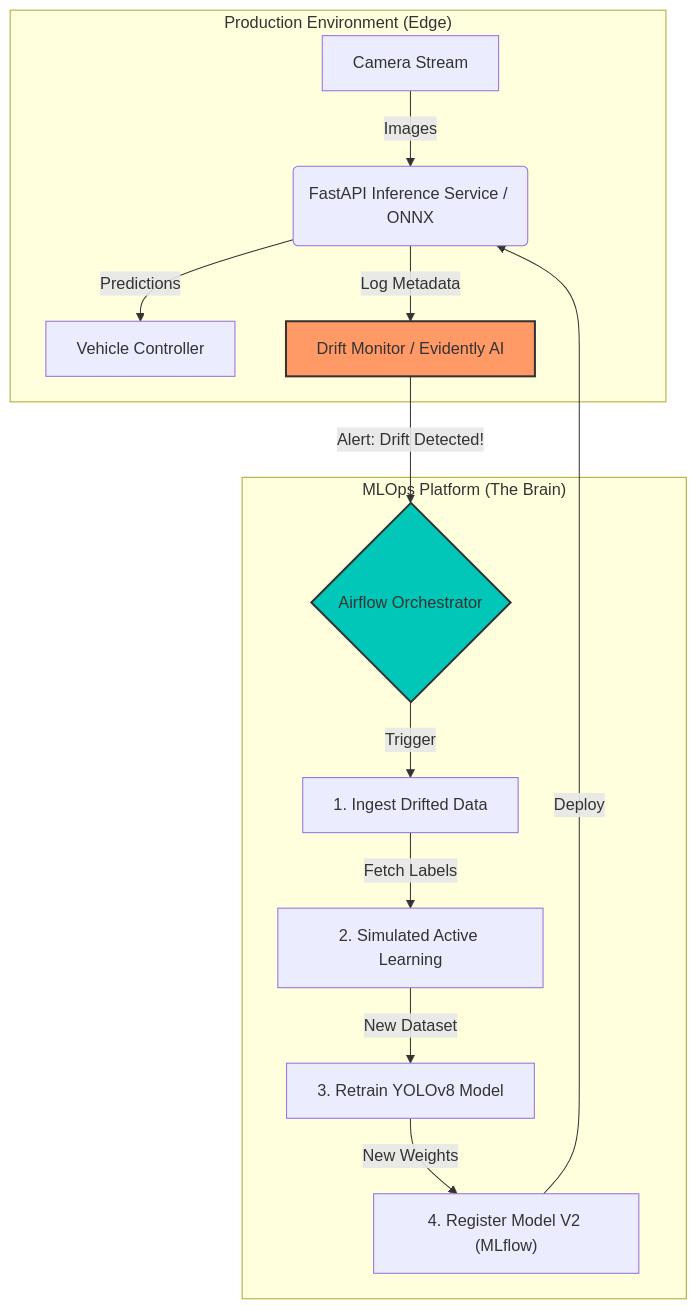
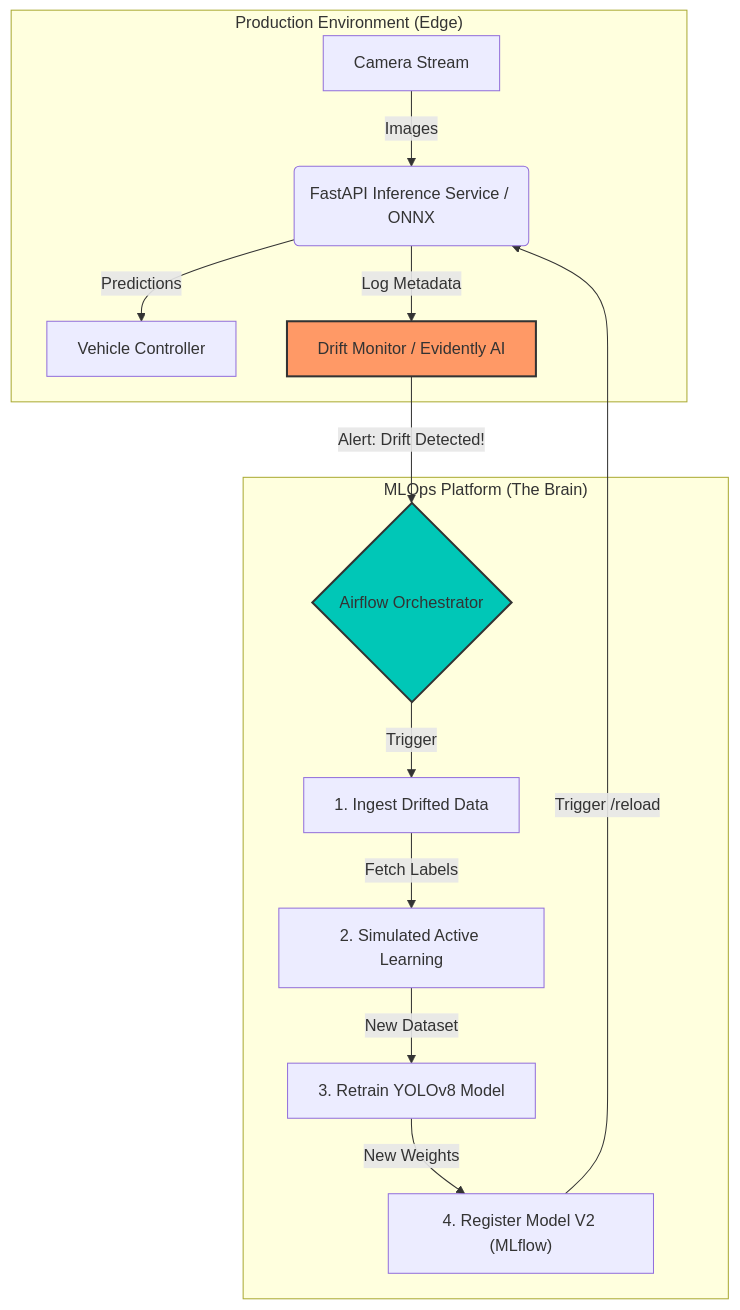
One commit to acidentlgenius/traffic-vision changed the first of 2 diagrams in README.md. Above: the diagram before and after it, drawn with Mermaid. The commit also changed other lines of this file and 3 other files, not shown here.

Commit message:
feat: implement hot-swap model reloading via /reload endpoint and Airflow trigger

````diff
--- a/README.md
+++ b/README.md
@@ -25,23 +25,23 @@
 ```mermaid
 graph TD
     subgraph "Production Environment (Edge)"
         A[Camera Stream] -->|Images| B(FastAPI Inference Service / ONNX)
         B -->|Predictions| C[Vehicle Controller]
         B -->|Log Metadata| D[Drift Monitor / Evidently AI]
     end
 
     subgraph "MLOps Platform (The Brain)"
         D -->|Alert: Drift Detected!| E{Airflow Orchestrator}
         
         E -->|Trigger| F["1. Ingest Drifted Data"]
         F -->|Fetch Labels| G["2. Simulated Active Learning"]
         G -->|New Dataset| H["3. Retrain YOLOv8 Model"]
         H -->|New Weights| I["4. Register Model V2 (MLflow)"]
+        I -->|Trigger /reload| B
     end
 
-    I -->|Deploy| B
     classDef monitor fill:#ff9966,stroke:#333333,stroke-width:2px;
     classDef orchestrator fill:#00c7b7,stroke:#333333,stroke-width:2px;
     class D monitor;
     class E orchestrator;
 ```
````
